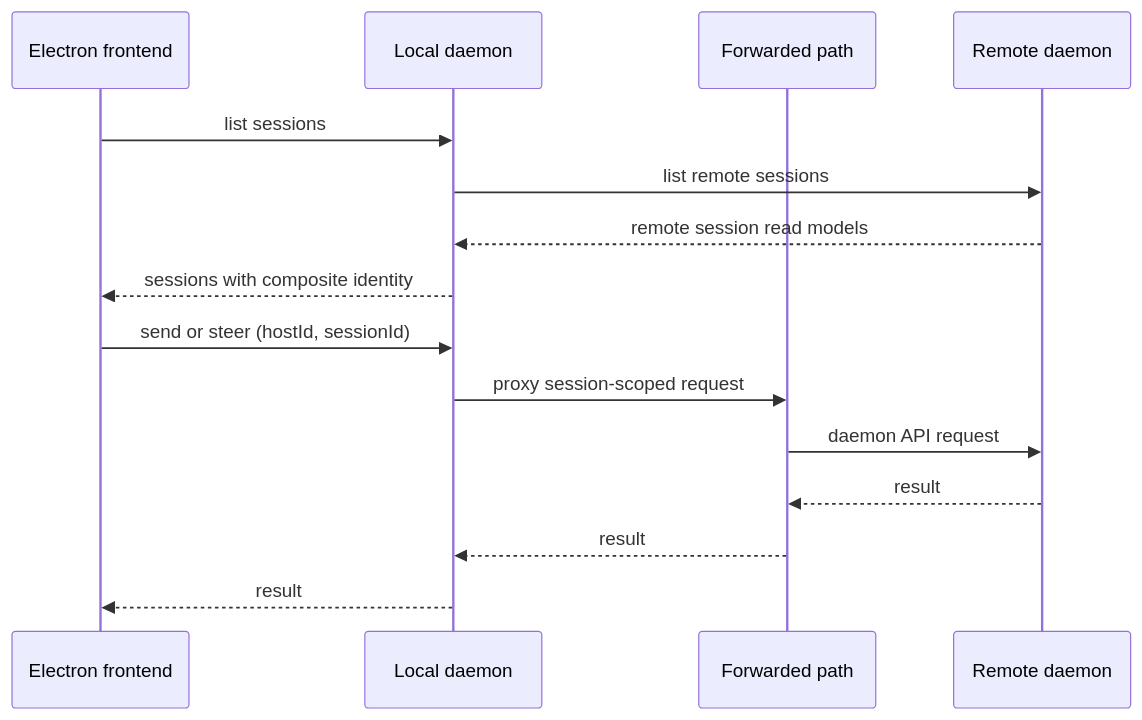
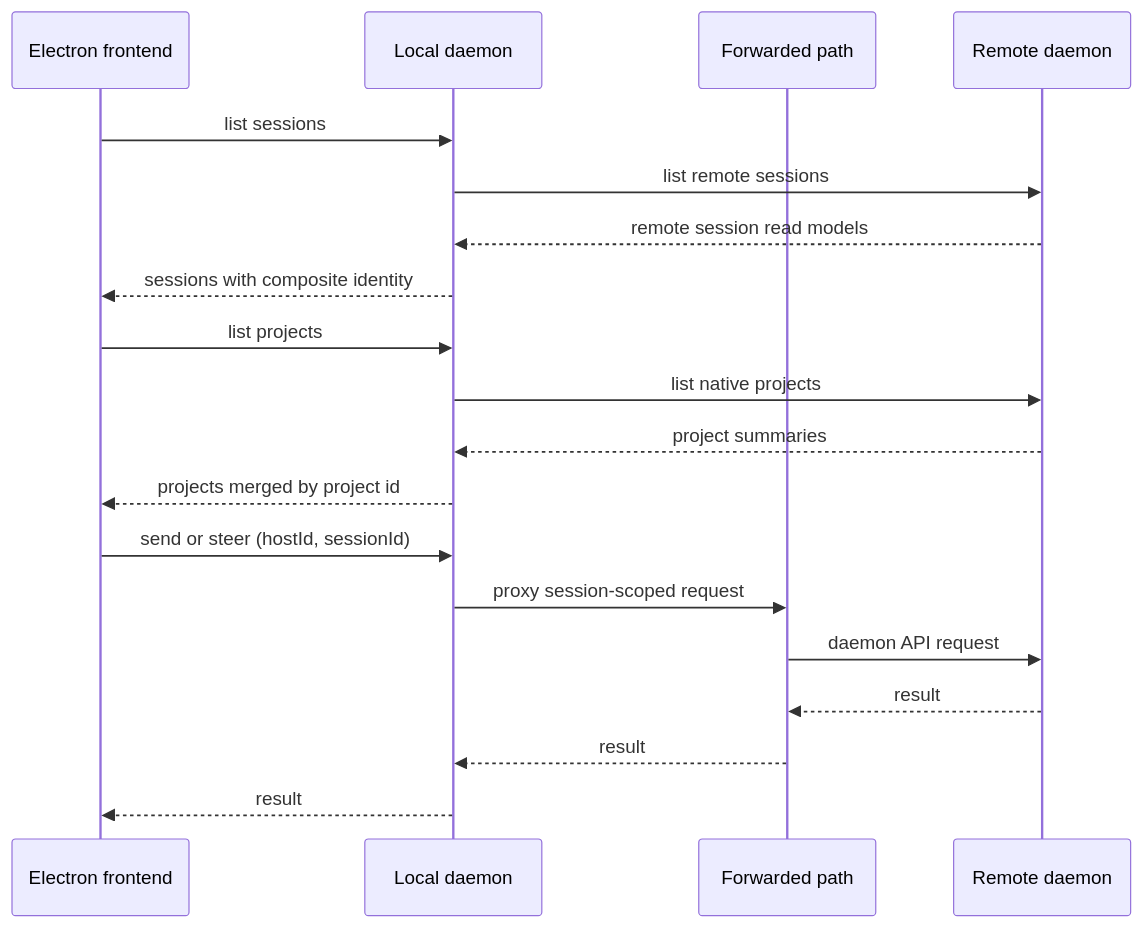
The first of 2 diagrams in docs/remote-hosts/federation.md (sodiray/agent-orchestrator), drawn with Mermaid before and after one commit. The commit also changed other lines of this file and 104 other files, not shown here.

````diff
--- a/docs/remote-hosts/federation.md
+++ b/docs/remote-hosts/federation.md
@@ -21,19 +21,24 @@
 ```mermaid
 sequenceDiagram
     participant UI as Electron frontend
     participant Local as Local daemon
     participant Forward as Forwarded path
     participant Remote as Remote daemon
 
     UI->>Local: list sessions
     Local->>Remote: list remote sessions
     Remote-->>Local: remote session read models
     Local-->>UI: sessions with composite identity
 
+    UI->>Local: list projects
+    Local->>Remote: list native projects
+    Remote-->>Local: project summaries
+    Local-->>UI: projects merged by project id
+
     UI->>Local: send or steer (hostId, sessionId)
     Local->>Forward: proxy session-scoped request
     Forward->>Remote: daemon API request
     Remote-->>Forward: result
     Forward-->>Local: result
     Local-->>UI: result
 ```
````
